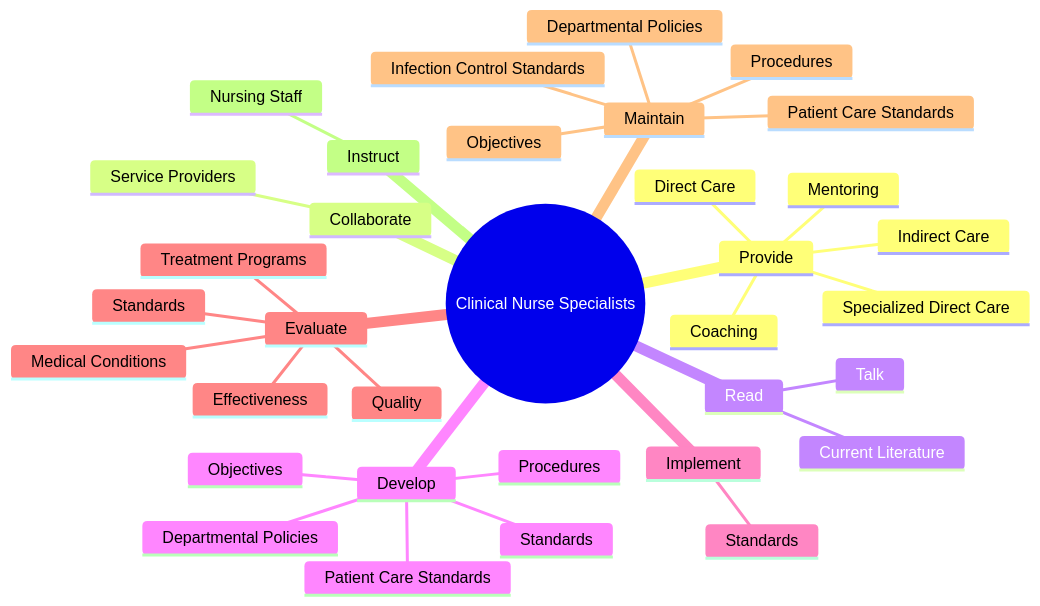
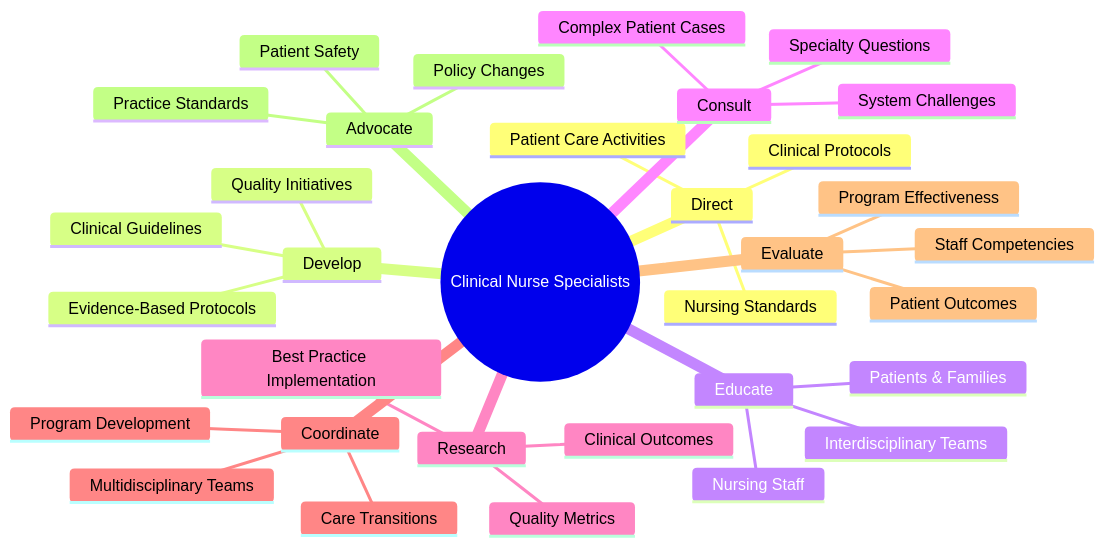
The second of 4 diagrams in occupations/HealthcarePractitioners/ClinicalNurseSpecialists.mdx (kziemski/business.org.ai), drawn with Mermaid before and after one commit. The commit also changed other lines of this file and 938 other files, not shown here.

````diff
--- a/occupations/HealthcarePractitioners/ClinicalNurseSpecialists.mdx
+++ b/occupations/HealthcarePractitioners/ClinicalNurseSpecialists.mdx
@@ -38,37 +49,36 @@
 ```mermaid
 mindmap
     root(("Clinical Nurse Specialists"))
-        Provide
-            Specialized Direct Care
-            Indirect Care
-            Coaching
-            Mentoring
-            Direct Care
-        Collaborate
-            Service Providers
-        Read
-            Current Literature
-            Talk
+        Direct
+            Patient Care Activities
+            Clinical Protocols
+            Nursing Standards
         Develop
-            Standards
-            Departmental Policies
-            Procedures
-            Objectives
-            Patient Care Standards
-        Implement
-            Standards
+            Evidence-Based Protocols
+            Clinical Guidelines
+            Quality Initiatives
+        Educate
+            Nursing Staff
+            Patients & Families
+            Interdisciplinary Teams
+        Consult
+            Complex Patient Cases
+            Specialty Questions
+            System Challenges
+        Research
+            Clinical Outcomes
+            Best Practice Implementation
+            Quality Metrics
+        Coordinate
+            Care Transitions
+            Multidisciplinary Teams
+            Program Development
         Evaluate
-            Standards
-            Quality
-            Effectiveness
-            Medical Conditions
-            Treatment Programs
-        Maintain
-            Departmental Policies
-            Objectives
-            Infection Control Standards
-            Procedures
-            Patient Care Standards
-        Instruct
-            Nursing Staff
+            Patient Outcomes
+            Staff Competencies
+            Program Effectiveness
+        Advocate
+            Policy Changes
+            Practice Standards
+            Patient Safety
 ```
````
